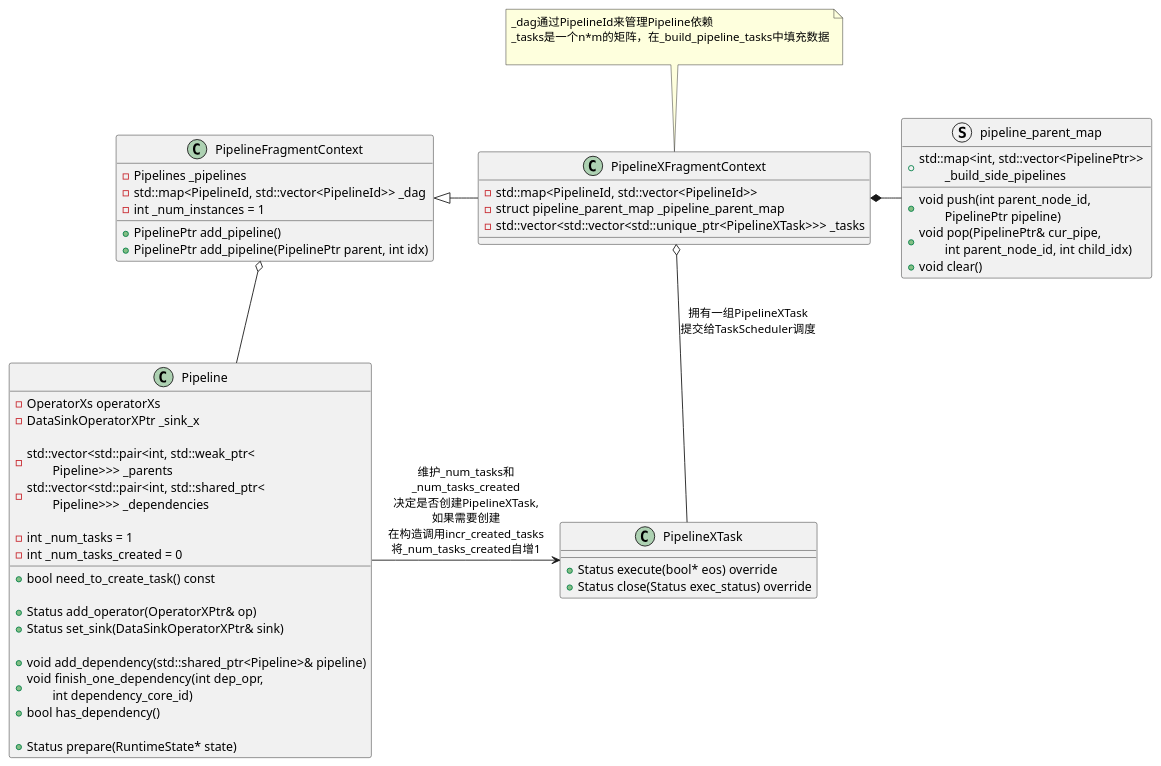
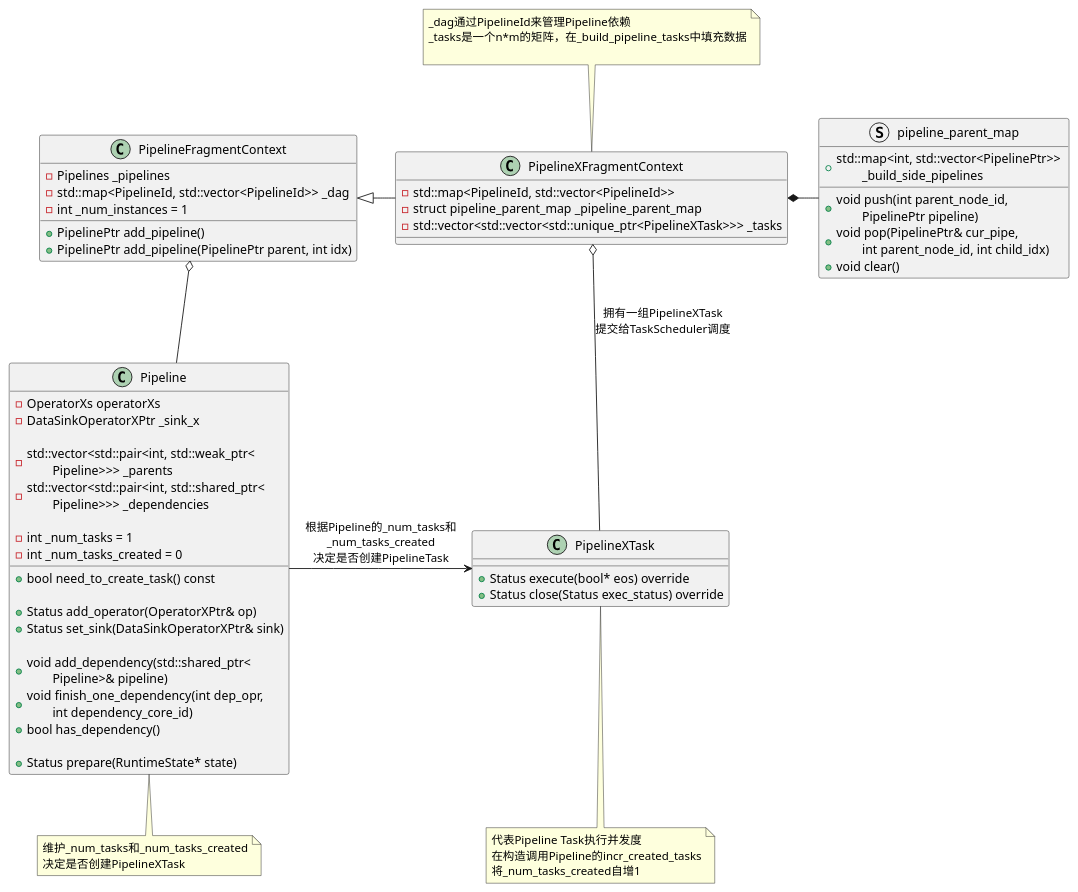
The second of 7 diagrams in doc/DB/Doris/SourceRead/13_00_00_Exec_PipelineX.md (DepInjoy/geektime), drawn with PlantUML before and after one commit. The commit also changed other lines of this file and 1 other file, not shown here.

````diff
--- a/doc/DB/Doris/SourceRead/13_00_00_Exec_PipelineX.md
+++ b/doc/DB/Doris/SourceRead/13_00_00_Exec_PipelineX.md
@@ -101,61 +102,63 @@
 ```plantuml
 @startuml
 class PipelineXFragmentContext {
     - std::map<PipelineId, std::vector<PipelineId>> 
     - struct pipeline_parent_map _pipeline_parent_map
     - std::vector<std::vector<std::unique_ptr<PipelineXTask>>> _tasks
 }
 note top :  _dag通过PipelineId来管理Pipeline依赖\n_tasks是一个n*m的矩阵，在_build_pipeline_tasks中填充数据\n
 
 class PipelineFragmentContext {
     - Pipelines _pipelines
     - std::map<PipelineId, std::vector<PipelineId>> _dag
     - int _num_instances = 1
 
     + PipelinePtr add_pipeline()
     + PipelinePtr add_pipeline(PipelinePtr parent, int idx)
 }
 
 struct pipeline_parent_map {
     + std::map<int, std::vector<PipelinePtr>> \n\t_build_side_pipelines
     + void push(int parent_node_id,\n\tPipelinePtr pipeline)
     + void pop(PipelinePtr& cur_pipe,\n\tint parent_node_id, int child_idx)
     + void clear()
 }
 
 class PipelineXTask {
     + Status execute(bool* eos) override
     + Status close(Status exec_status) override
 }
+note bottom : 代表Pipeline Task执行并发度\n在构造调用Pipeline的incr_created_tasks\n将_num_tasks_created自增1
 
 class Pipeline {
     - OperatorXs operatorXs
     - DataSinkOperatorXPtr _sink_x
 
     - std::vector<std::pair<int, std::weak_ptr<\n\tPipeline>>> _parents
     - std::vector<std::pair<int, std::shared_ptr<\n\tPipeline>>> _dependencies
 
     - int _num_tasks = 1
     - int _num_tasks_created = 0
 
     + bool need_to_create_task() const
 
     + Status add_operator(OperatorXPtr& op)
     + Status set_sink(DataSinkOperatorXPtr& sink)
 
-    + void add_dependency(std::shared_ptr<Pipeline>& pipeline)
+    + void add_dependency(std::shared_ptr<\n\tPipeline>& pipeline)
     + void finish_one_dependency(int dep_opr,\n\tint dependency_core_id)
     + bool has_dependency()
 
     + Status prepare(RuntimeState* state)
 }
+note bottom :  维护_num_tasks和_num_tasks_created\n决定是否创建PipelineXTask
 
 PipelineXFragmentContext -left-|> PipelineFragmentContext
 PipelineXTask -up-o PipelineXFragmentContext : 拥有一组PipelineXTask\n提交给TaskScheduler调度
 
 pipeline_parent_map -left-* PipelineXFragmentContext
 Pipeline -up-o PipelineFragmentContext
 
-Pipeline -right--> PipelineXTask : 维护_num_tasks和\n_num_tasks_created\n决定是否创建PipelineXTask,\n如果需要创建\n在构造调用incr_created_tasks\n将_num_tasks_created自增1
+Pipeline -right--> PipelineXTask : 根据Pipeline的_num_tasks和\n_num_tasks_created\n决定是否创建PipelineTask
 @enduml
 ```
````
